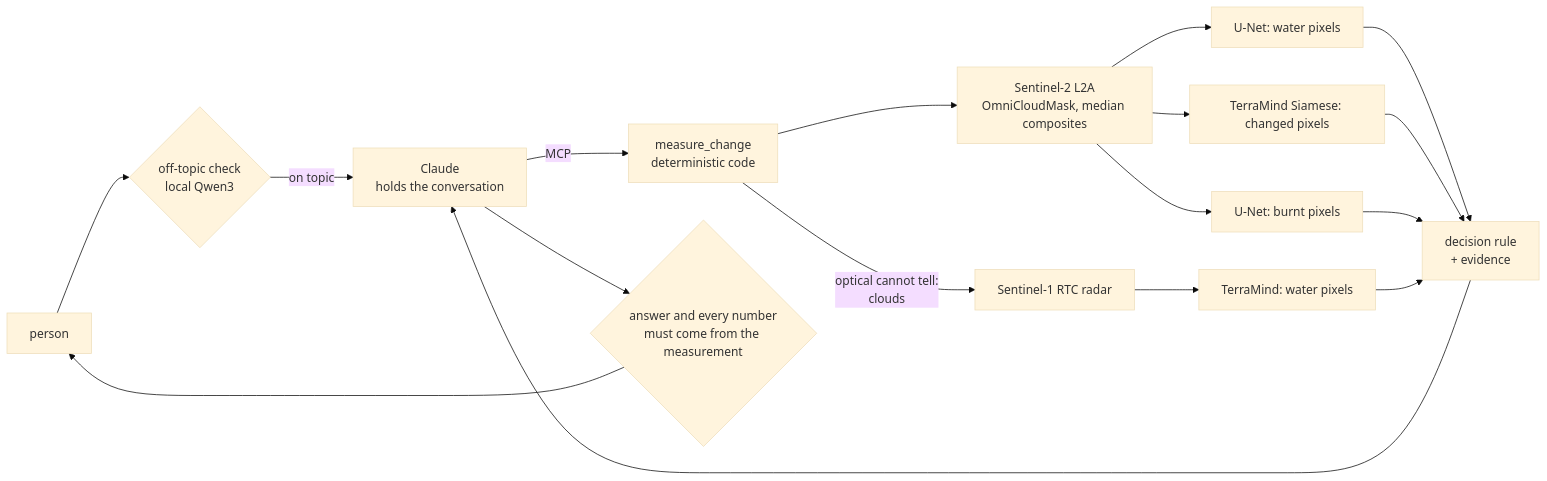
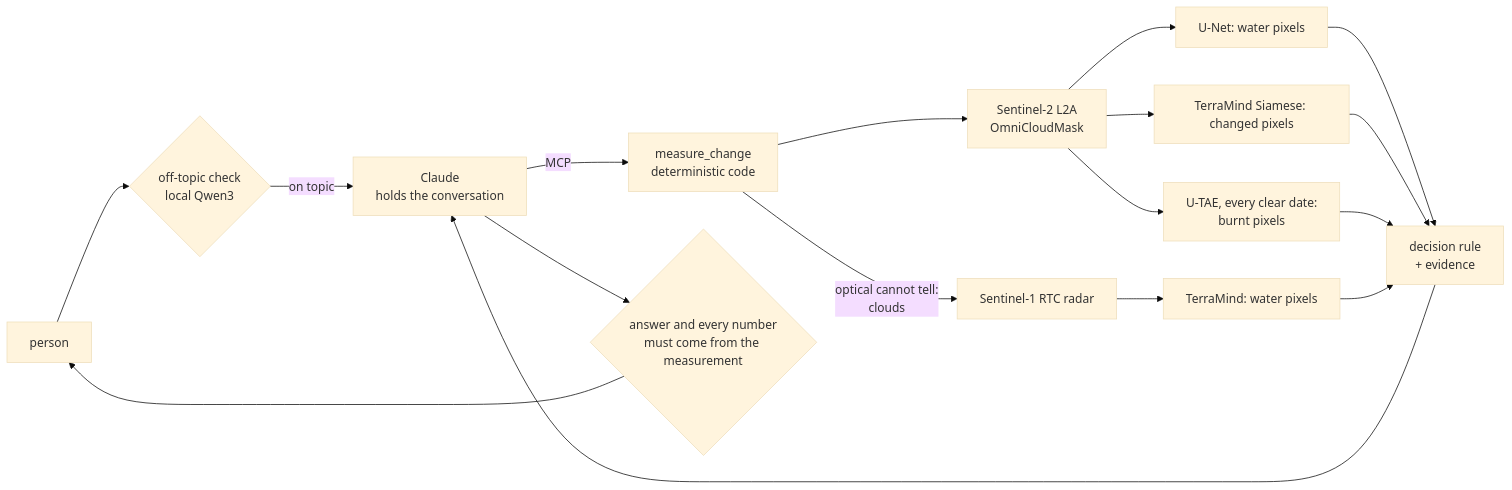
One commit to deltasata/satellite-change-agent changed the diagram in README.md. Above: the diagram before and after it, drawn with Mermaid (base theme). The commit also changed other lines of this file and 16 other files, not shown here.

````diff
--- a/README.md
+++ b/README.md
@@ -54,19 +56,19 @@
 ```mermaid
 flowchart LR
     P[person] --> S{off-topic check<br/>local Qwen3}
     S -->|on topic| C[Claude<br/>holds the conversation]
     C -->|MCP| M[measure_change<br/>deterministic code]
-    M --> O[Sentinel-2 L2A<br/>OmniCloudMask, median composites]
+    M --> O[Sentinel-2 L2A<br/>OmniCloudMask]
     O --> U[U-Net: water pixels]
     M -->|optical cannot tell:<br/>clouds| R[Sentinel-1 RTC radar]
     R --> T[TerraMind: water pixels]
     O --> V[TerraMind Siamese: changed pixels]
-    O --> B[U-Net: burnt pixels]
+    O --> B[U-TAE, every clear date:<br/>burnt pixels]
     U --> D[decision rule<br/>+ evidence]
     V --> D
     B --> D
     T --> D
     D --> C
     C --> K{answer and every number<br/>must come from the measurement}
     K --> P
 ```
````
